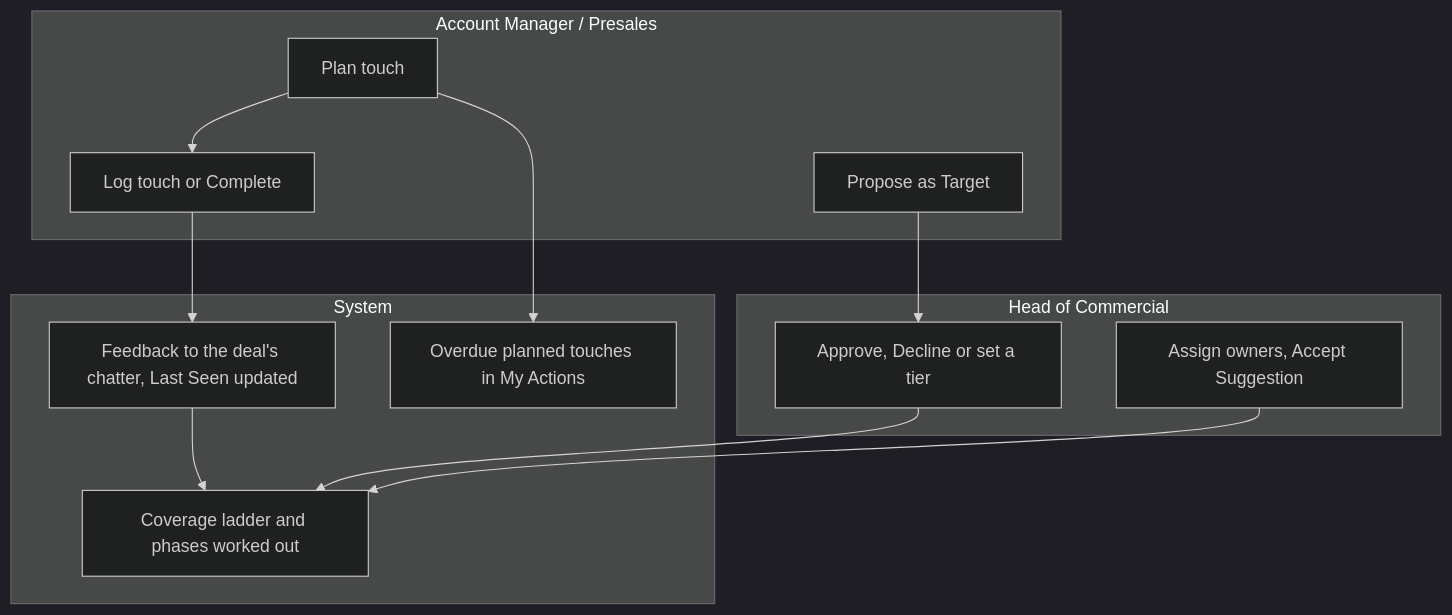
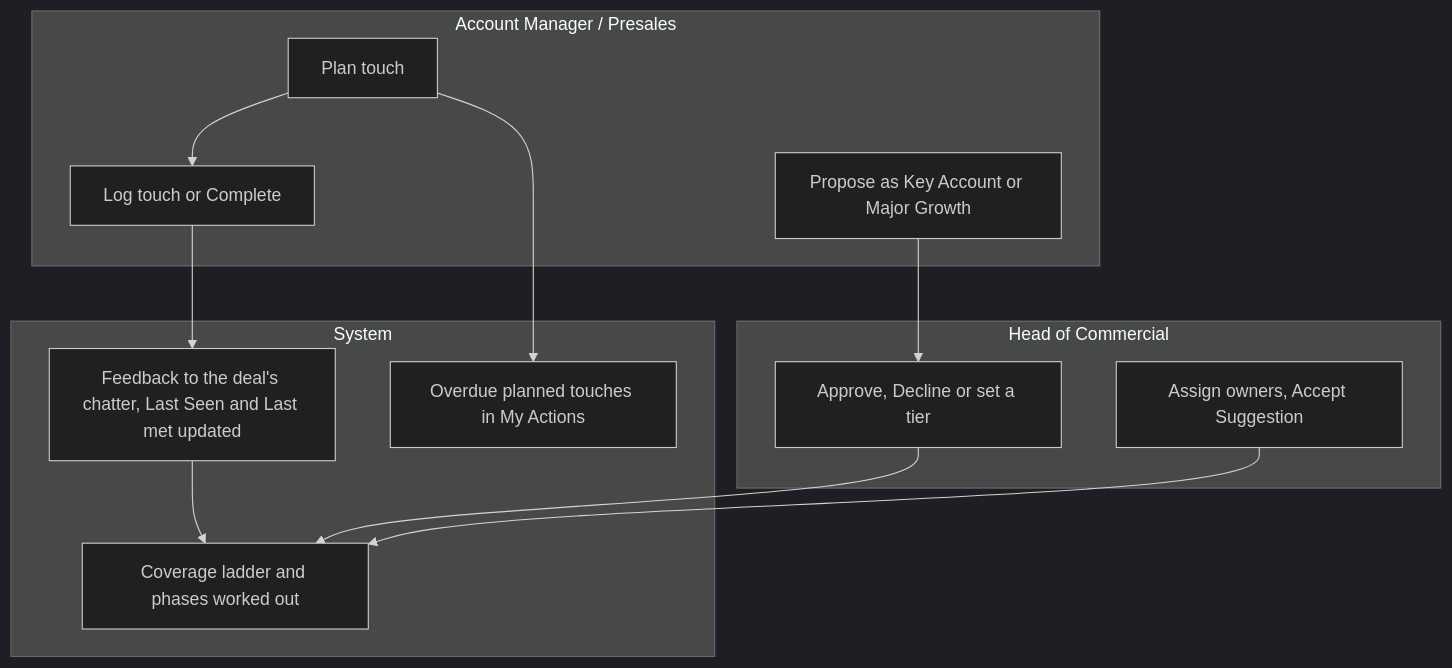
The third of 3 diagrams in training-portal/src/content/docs/tenders/workflows/customer-activity.mdx (dennokorir/tritel_erp_training), drawn with Mermaid (dark theme) before and after one commit. The commit also changed other lines of this file and 66 other files, not shown here.

````diff
--- a/training-portal/src/content/docs/tenders/workflows/customer-activity.mdx
+++ b/training-portal/src/content/docs/tenders/workflows/customer-activity.mdx
@@ -99,23 +101,23 @@
 ```mermaid
 flowchart TD
 %% docs-sync: shows crm_tender:group:group_manager, tritel_tender_tracker:client_action:action_tender_my_actions, tritel_tender_tracker:cron:ir_cron_partner_last_seen, tritel_tender_tracker:field:hr.employee.planned_overdue, tritel_tender_tracker:group:group_account_manager, tritel_tender_tracker:group:group_hod_commercial, tritel_tender_tracker:menu:menu_tender_my_actions, tritel_tender_tracker:model:res.partner.activity, tritel_tender_tracker:model:target.target, tritel_tender_tracker:selection:res.partner.coverage_rung, tritel_tender_tracker:selection:tender.portal.access.log.user_role, tritel_tender_tracker:wizard:tender.summary.wizard, tritel_tender_tracker:wizard:tenders.assign.wizard
   subgraph AMs["Account Manager / Presales"]
     A1["Plan touch"]
     A2["Log touch or Complete"]
-    A3["Propose as Target"]
+    A3["Propose as Key Account or Major Growth"]
   end
   subgraph HoC["Head of Commercial"]
     H1["Approve, Decline or set a tier"]
     H2["Assign owners, Accept Suggestion"]
   end
   subgraph Sys["System"]
-    S1["Feedback to the deal's chatter, Last Seen updated"]
+    S1["Feedback to the deal's chatter, Last Seen and Last met updated"]
     S2["Overdue planned touches in My Actions"]
     S3["Coverage ladder and phases worked out"]
   end
   A1 --> S2
   A1 --> A2 --> S1 --> S3
   A3 --> H1
   H1 --> S3
   H2 --> S3
 ```
````
